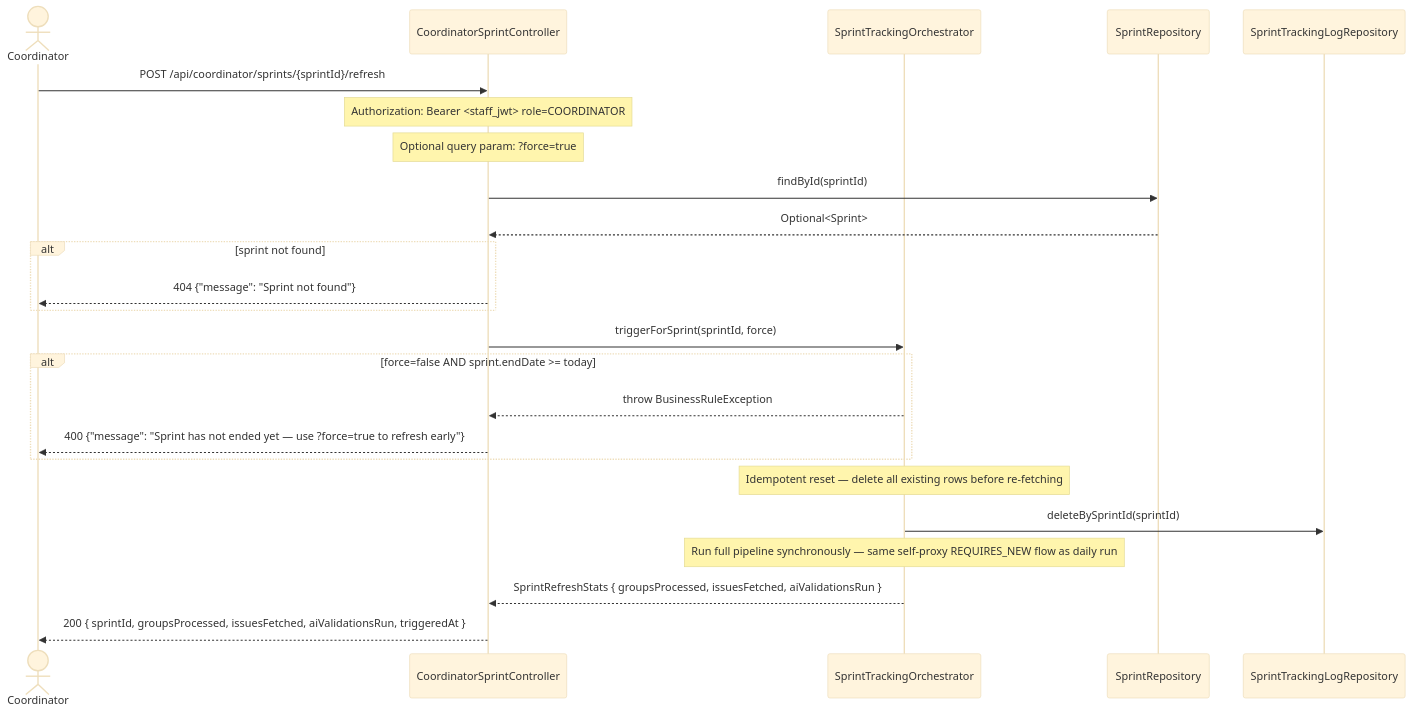
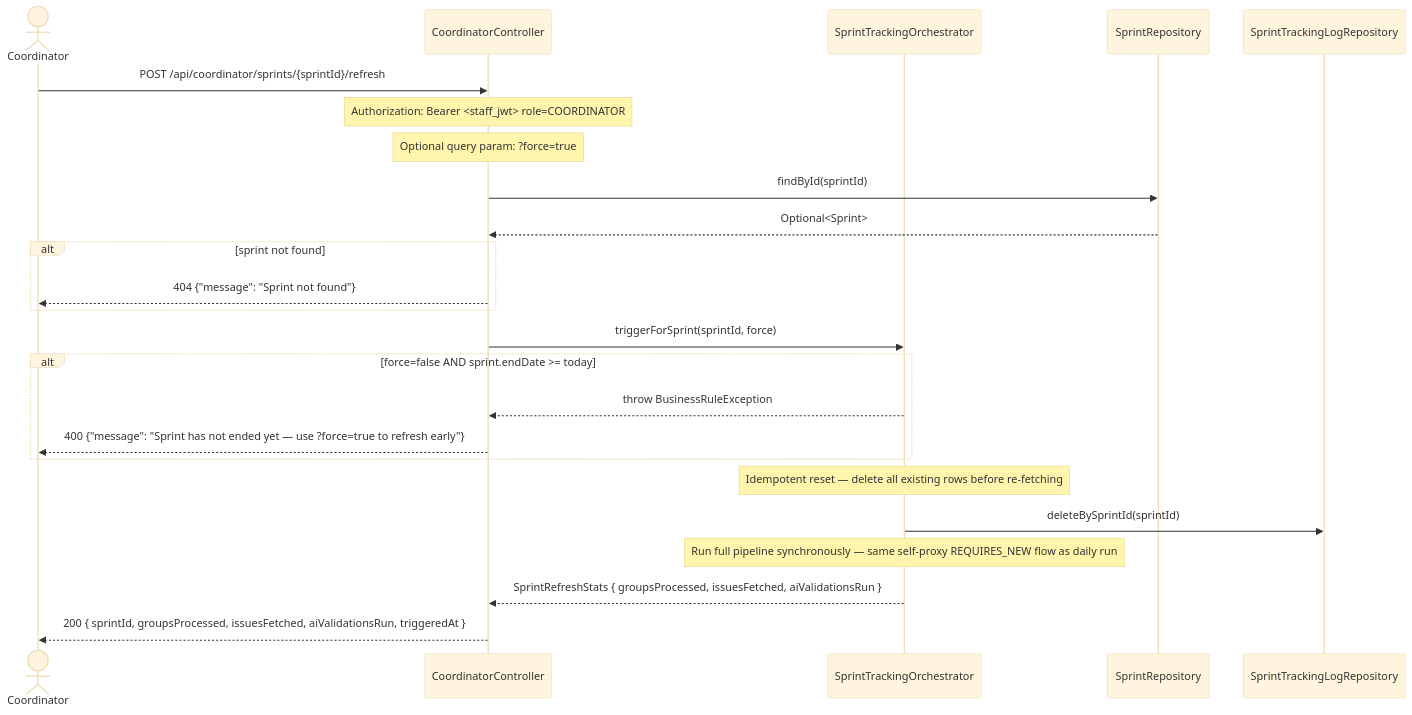
One commit to SE3318-Spring-2025-2026/senior-app-6 changed the first of 2 diagrams in docs/process5/sequences/5.7_coordinator_sprint_control.md. Above: the diagram before and after it, drawn with Mermaid (base theme). The commit also changed other lines of this file and 27 other files, not shown here.

````diff
--- a/docs/process5/sequences/5.7_coordinator_sprint_control.md
+++ b/docs/process5/sequences/5.7_coordinator_sprint_control.md
@@ -13,34 +13,34 @@
 ```mermaid
 sequenceDiagram
     actor Coordinator
-    participant CoordinatorSprintController
+    participant CoordinatorController
     participant SprintTrackingOrchestrator
     participant SprintRepository
     participant SprintTrackingLogRepository
 
-    Coordinator->>CoordinatorSprintController: POST /api/coordinator/sprints/{sprintId}/refresh
-    Note over CoordinatorSprintController: Authorization: Bearer <staff_jwt> role=COORDINATOR
-    Note over CoordinatorSprintController: Optional query param: ?force=true
+    Coordinator->>CoordinatorController: POST /api/coordinator/sprints/{sprintId}/refresh
+    Note over CoordinatorController: Authorization: Bearer <staff_jwt> role=COORDINATOR
+    Note over CoordinatorController: Optional query param: ?force=true
 
-    CoordinatorSprintController->>SprintRepository: findById(sprintId)
-    SprintRepository-->>CoordinatorSprintController: Optional<Sprint>
+    CoordinatorController->>SprintRepository: findById(sprintId)
+    SprintRepository-->>CoordinatorController: Optional<Sprint>
 
     alt sprint not found
-        CoordinatorSprintController-->>Coordinator: 404 {"message": "Sprint not found"}
+        CoordinatorController-->>Coordinator: 404 {"message": "Sprint not found"}
     end
 
-    CoordinatorSprintController->>SprintTrackingOrchestrator: triggerForSprint(sprintId, force)
+    CoordinatorController->>SprintTrackingOrchestrator: triggerForSprint(sprintId, force)
 
     alt force=false AND sprint.endDate >= today
-        SprintTrackingOrchestrator-->>CoordinatorSprintController: throw BusinessRuleException
-        CoordinatorSprintController-->>Coordinator: 400 {"message": "Sprint has not ended yet — use ?force=true to refresh early"}
+        SprintTrackingOrchestrator-->>CoordinatorController: throw BusinessRuleException
+        CoordinatorController-->>Coordinator: 400 {"message": "Sprint has not ended yet — use ?force=true to refresh early"}
     end
 
     Note over SprintTrackingOrchestrator: Idempotent reset — delete all existing rows before re-fetching
     SprintTrackingOrchestrator->>SprintTrackingLogRepository: deleteBySprintId(sprintId)
 
     Note over SprintTrackingOrchestrator: Run full pipeline synchronously — same self-proxy REQUIRES_NEW flow as daily run
-    SprintTrackingOrchestrator-->>CoordinatorSprintController: SprintRefreshStats { groupsProcessed, issuesFetched, aiValidationsRun }
+    SprintTrackingOrchestrator-->>CoordinatorController: SprintRefreshStats { groupsProcessed, issuesFetched, aiValidationsRun }
 
-    CoordinatorSprintController-->>Coordinator: 200 { sprintId, groupsProcessed, issuesFetched, aiValidationsRun, triggeredAt }
+    CoordinatorController-->>Coordinator: 200 { sprintId, groupsProcessed, issuesFetched, aiValidationsRun, triggeredAt }
 ```
````
